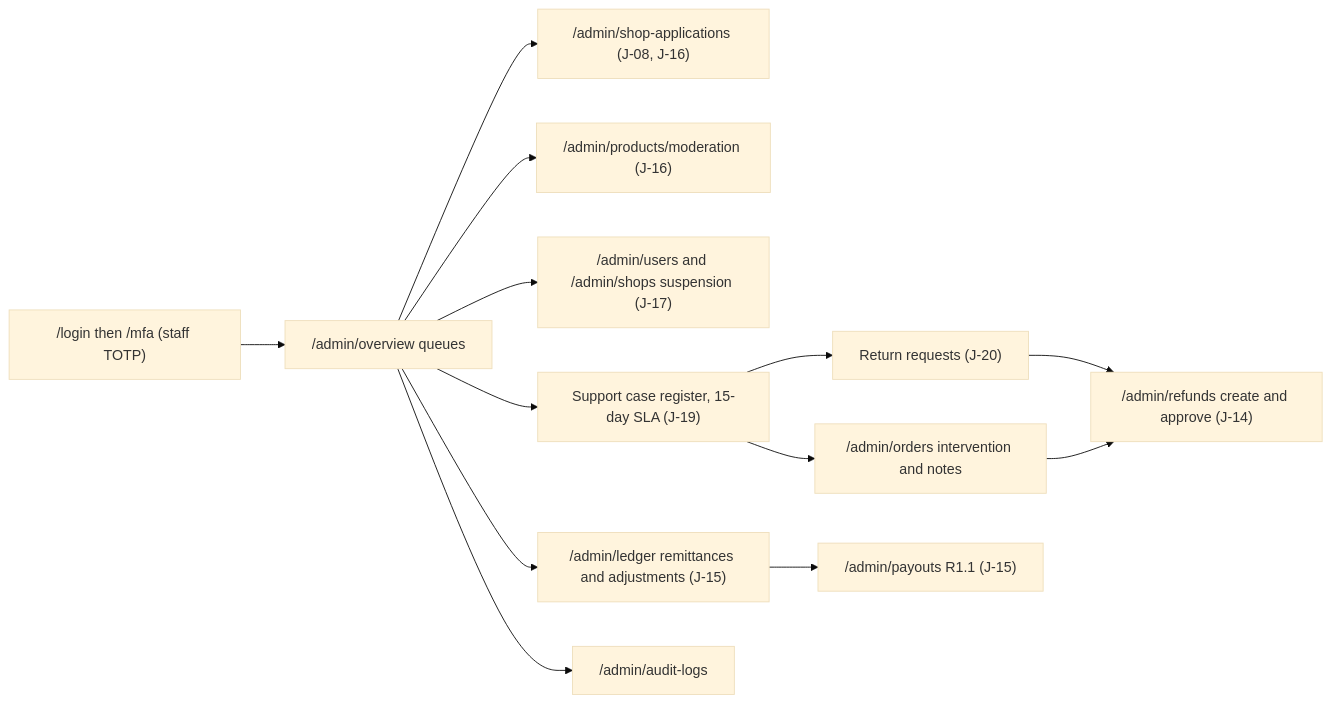
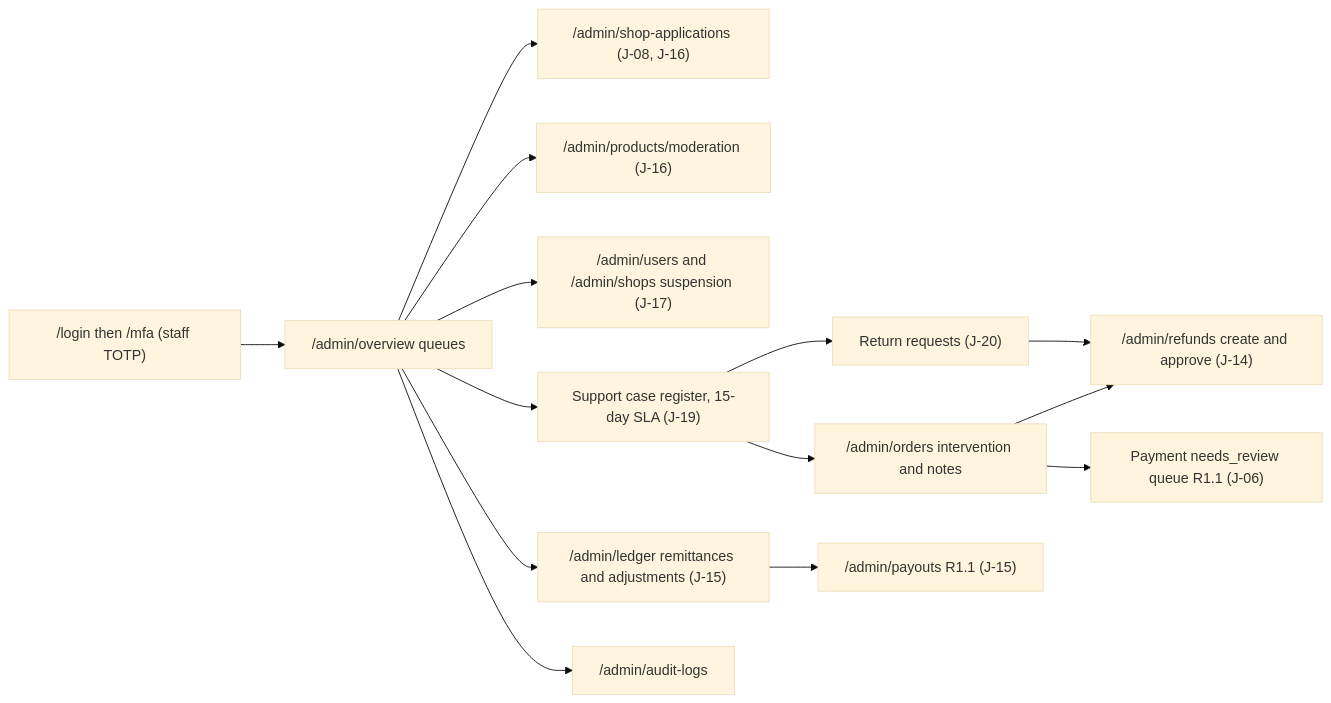
One commit to harublank0-0/drip-nepal changed the third of 6 diagrams in docs/02-user-journeys-and-acceptance-criteria.md. Above: the diagram before and after it, drawn with Mermaid (base theme). The commit also changed other lines of this file, not shown here.

````diff
--- a/docs/02-user-journeys-and-acceptance-criteria.md
+++ b/docs/02-user-journeys-and-acceptance-criteria.md
@@ -193,15 +202,16 @@
 ```mermaid
 flowchart LR
   MFA["/login then /mfa (staff TOTP)"] --> AO["/admin/overview queues"]
   AO --> SA["/admin/shop-applications (J-08, J-16)"]
   AO --> PM["/admin/products/moderation (J-16)"]
   AO --> AU["/admin/users and /admin/shops suspension (J-17)"]
   AO --> SUP["Support case register, 15-day SLA (J-19)"]
   SUP --> RET["Return requests (J-20)"]
   SUP --> AOR["/admin/orders intervention and notes"]
   RET --> RF["/admin/refunds create and approve (J-14)"]
   AOR --> RF
+  AOR --> NR["Payment needs_review queue R1.1 (J-06)"]
   AO --> LED["/admin/ledger remittances and adjustments (J-15)"]
   LED --> PAY["/admin/payouts R1.1 (J-15)"]
   AO --> AL["/admin/audit-logs"]
 ```
````
